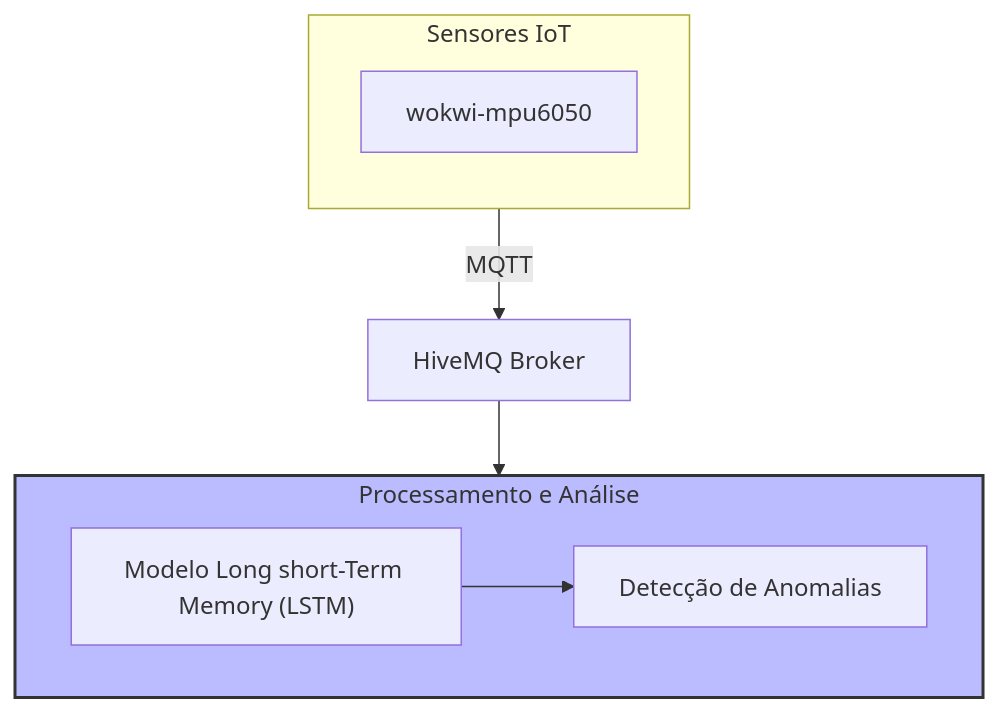
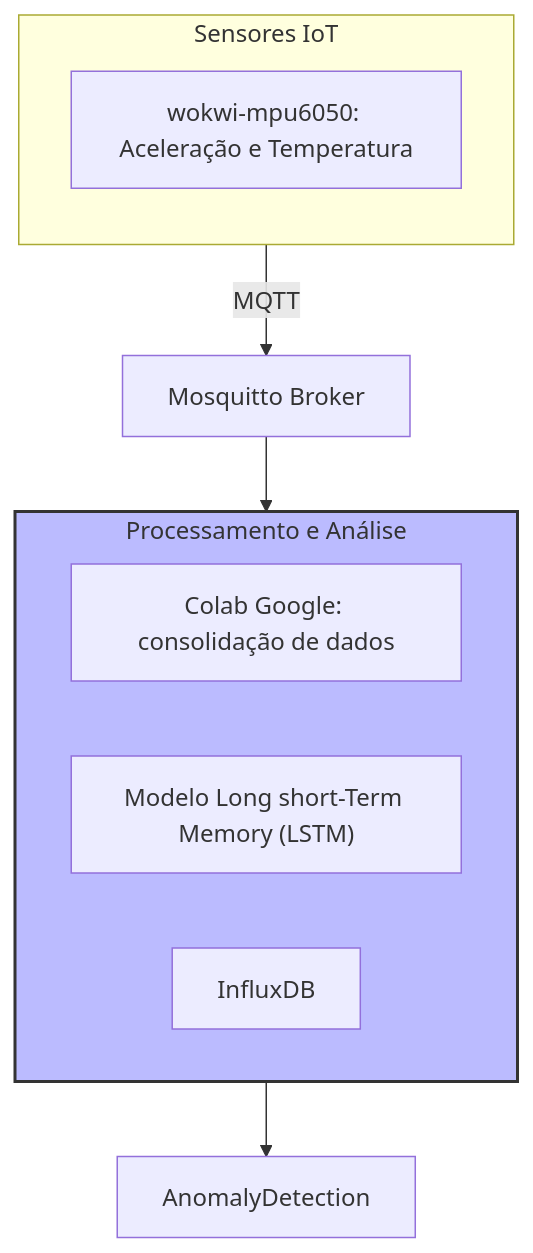
The second of 2 diagrams in artigo.md (2024S2-CCIoT/anthon_hax), drawn with Mermaid before and after one commit.

````diff
--- a/artigo.md
+++ b/artigo.md
@@ -66,32 +66,33 @@
 ```mermaid
 flowchart TD
     subgraph IoT_Sensors["Sensores IoT"]
         direction TB
-        Sensor1["wokwi-mpu6050"]
+        Sensor1["wokwi-mpu6050: Aceleração e Temperatura"]
     end
     
         direction LR
-        MQTT["HiveMQ Broker"]
+        MQTT["Mosquitto Broker"]
 
     subgraph Processamento["Processamento e Análise"]
         direction LR
+        Colab["Colab Google: consolidação de dados"]
         MLModel["Modelo Long short-Term Memory (LSTM)"]
-        AnomalyDetection["Detecção de Anomalias"]
+        Data["InfluxDB"]
     end
 
 
     %% Fluxos de Dados
     Sensor1 -->|MQTT| MQTT
     MQTT --> MLModel
     MLModel --> AnomalyDetection
 
 
     %% Legend
     classDef protocolo fill:#f9f,stroke:#333,stroke-width:2px;
     classDef processamento fill:#bbf,stroke:#333,stroke-width:2px;
     classDef gerenciamento fill:#bfb,stroke:#333,stroke-width:2px;
     
     class Protocolos protocolo;
     class Processamento processamento;
     class Gerenciamento gerenciamento;
 ```
````
